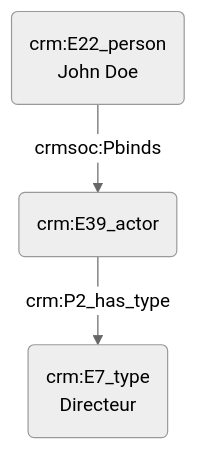
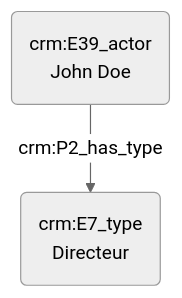
Before and after one commit to Amleth/consortium-musica2-gt2-ontologies: the diagram in modules/livrables/Dossier 2/Indexation conceptuelle/statut et fonction d'une personne réelle.md, drawn with Mermaid (neutral theme).

Commit message:
Update statut et fonction d'une personne réelle.md

````diff
--- a/modules/livrables/Dossier 2/Indexation conceptuelle/statut et fonction d'une personne réelle.md
+++ b/modules/livrables/Dossier 2/Indexation conceptuelle/statut et fonction d'une personne réelle.md
@@ -11,7 +11,6 @@
 ```mermaid
 graph TD;
 
-A(crm:E22_person<br>John Doe) -->|crmsoc:Pbinds| B(crm:E39_actor)
-B(crm:E39_actor) -->|crm:P2_has_type| C(crm:E7_type<br>Directeur)
+B(crm:E39_actor<br>John Doe) -->|crm:P2_has_type| C(crm:E7_type<br>Directeur)
 
 ```
````
